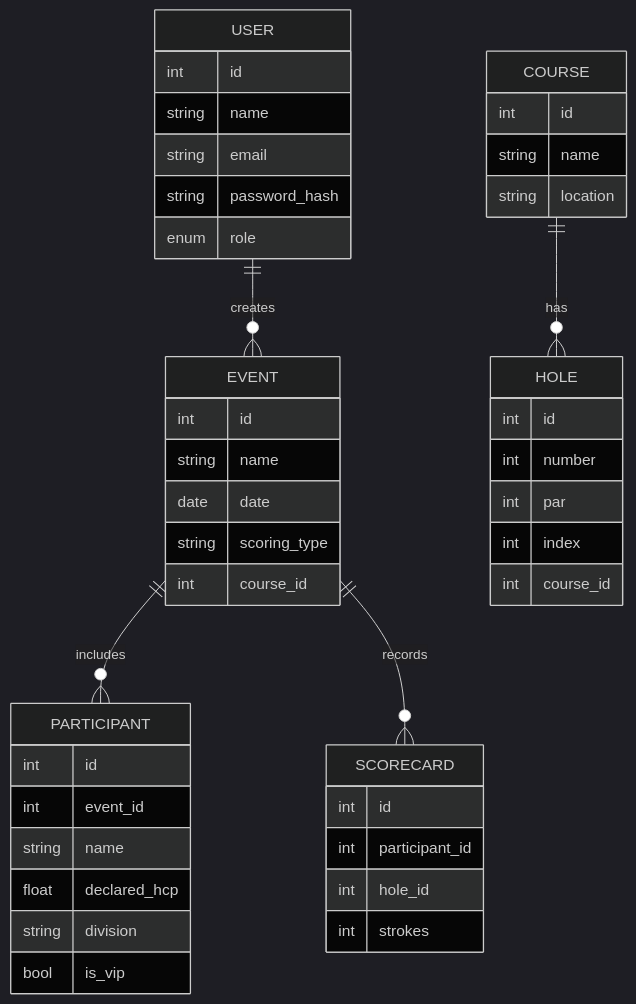
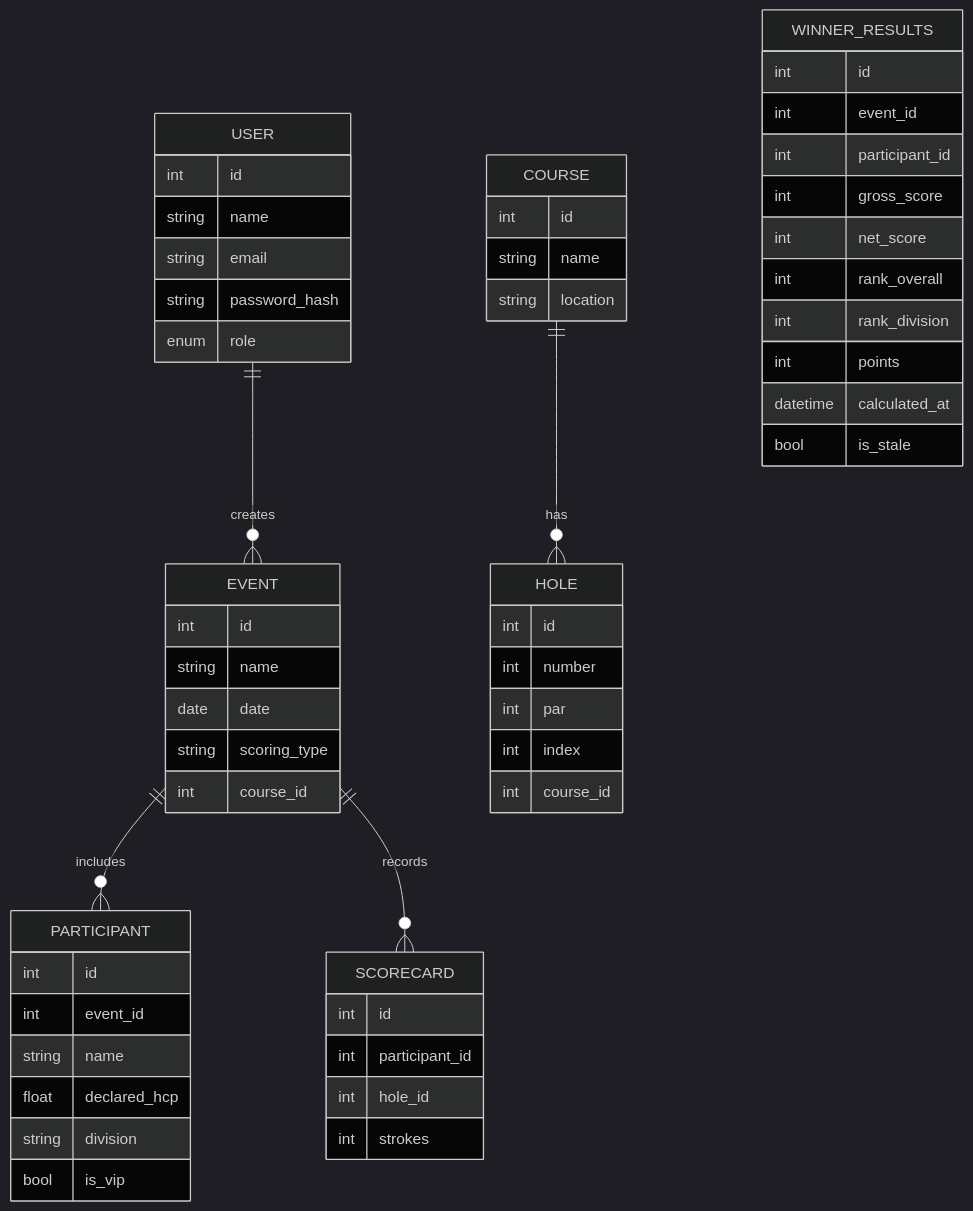
Before and after one commit to ishaki/abhimatagolf: the diagram in ABHIMATA_GOLF_PRD.md, drawn with Mermaid (dark theme). The commit also changed other lines of this file, not shown here.

````diff
--- a/ABHIMATA_GOLF_PRD.md
+++ b/ABHIMATA_GOLF_PRD.md
@@ -141,53 +201,66 @@
 ```mermaid
 erDiagram
     USER ||--o{ EVENT : creates
     EVENT ||--o{ PARTICIPANT : includes
     EVENT ||--o{ SCORECARD : records
     COURSE ||--o{ HOLE : has
 
     USER {
         int id
         string name
         string email
         string password_hash
         enum role
     }
 
     COURSE {
         int id
         string name
         string location
     }
 
     HOLE {
         int id
         int number
         int par
         int index
         int course_id
     }
 
     EVENT {
         int id
         string name
         date date
         string scoring_type
         int course_id
     }
 
     PARTICIPANT {
         int id
         int event_id
         string name
         float declared_hcp
         string division
         bool is_vip
     }
 
     SCORECARD {
         int id
         int participant_id
         int hole_id
         int strokes
     }
+
+    WINNER_RESULTS {
+        int id
+        int event_id
+        int participant_id
+        int gross_score
+        int net_score
+        int rank_overall
+        int rank_division
+        int points
+        datetime calculated_at
+        bool is_stale
+    }
 ```
````
